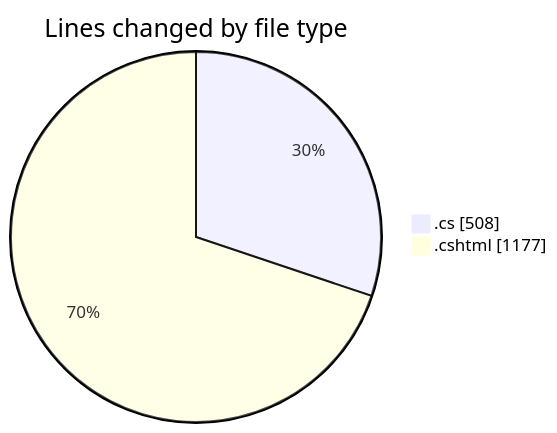
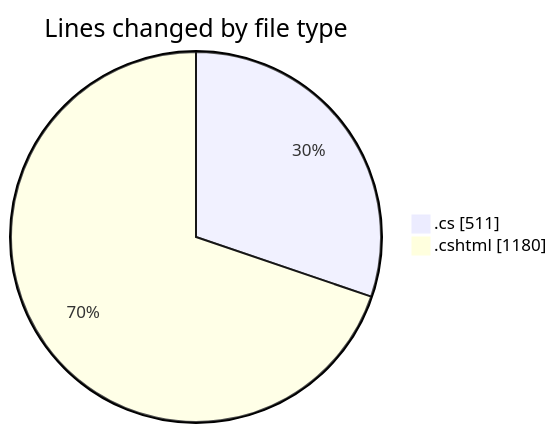
One commit to lephambinh05/code-tracking changed the first of 2 diagrams in 2025-07-16/nhahang/README.md. Above: the diagram before and after it, drawn with Mermaid. The commit also changed other lines of this file and 1 other file, not shown here.

````diff
--- a/2025-07-16/nhahang/README.md
+++ b/2025-07-16/nhahang/README.md
@@ -50,6 +50,6 @@
 ```mermaid
 pie showData
 title Lines changed by file type
-".cs" : 508
-".cshtml" : 1177
+".cs" : 511
+".cshtml" : 1180
 ```
````
